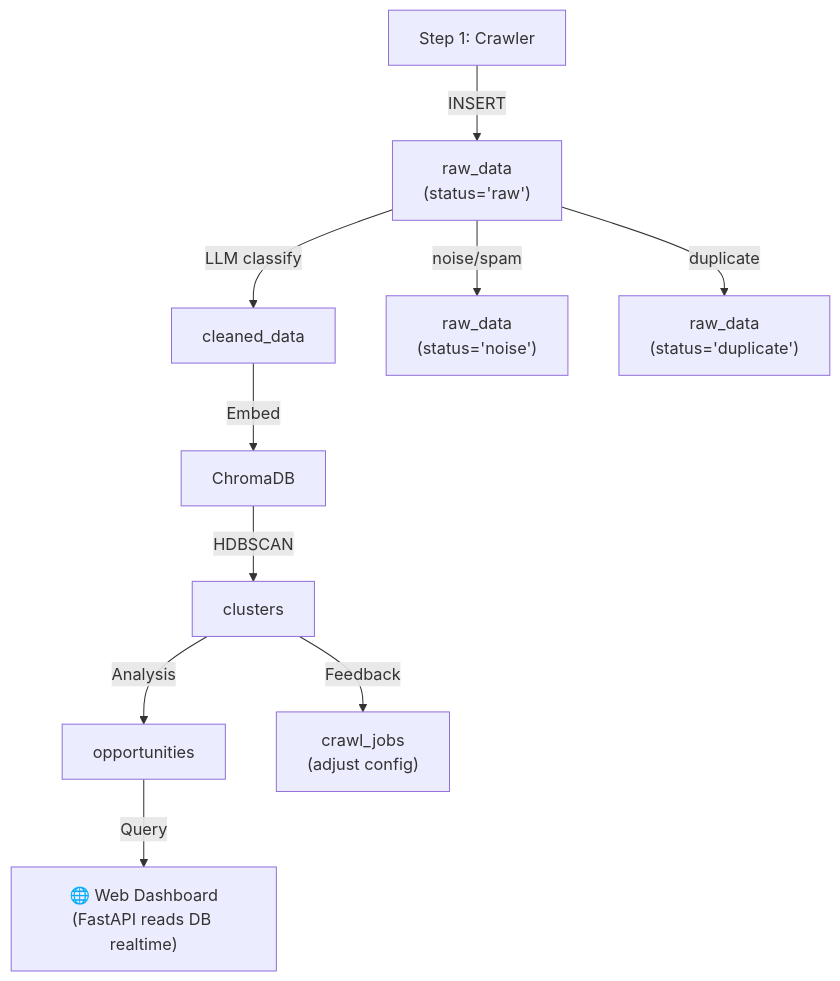
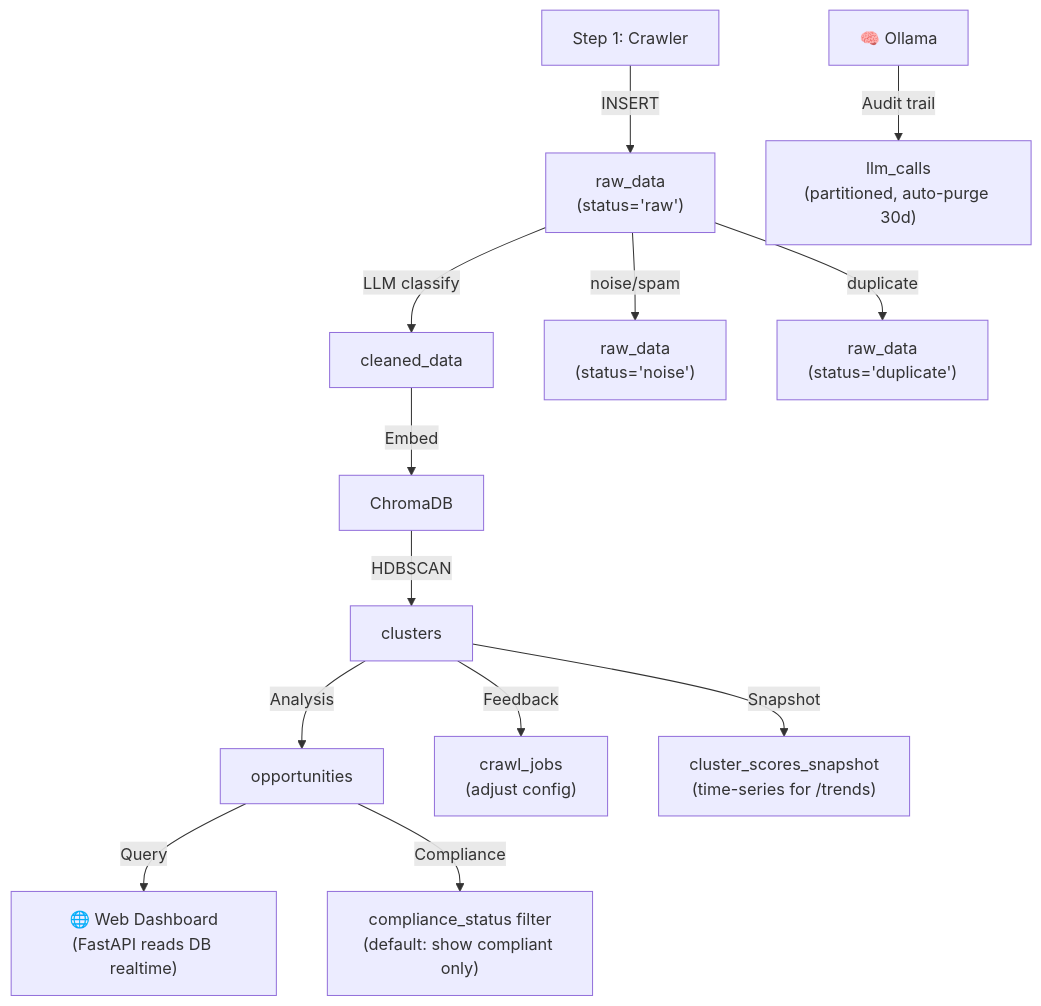
The seventh of 8 diagrams in biz/market_validation_system.md (vanductai/research), drawn with Mermaid before and after one commit. The commit also changed other lines of this file and 3 other files, not shown here.

Commit message:
feat: update market validation system with model routing, compliance checks, and expanded database schema

````diff
--- a/biz/market_validation_system.md
+++ b/biz/market_validation_system.md
@@ -374,12 +412,15 @@
 ```mermaid
 graph TD
     Crawl["Step 1: Crawler"] -->|INSERT| RD["raw_data<br/>(status='raw')"]
     RD -->|"LLM classify"| CD["cleaned_data"]
     RD -->|"noise/spam"| Noise["raw_data<br/>(status='noise')"]
     RD -->|"duplicate"| Dup["raw_data<br/>(status='duplicate')"]
     CD -->|Embed| Chroma["ChromaDB"]
     Chroma -->|HDBSCAN| CL["clusters"]
     CL -->|"Analysis"| OP["opportunities"]
     OP -->|"Query"| Dash["🌐 Web Dashboard<br/>(FastAPI reads DB realtime)"]
     CL -->|"Feedback"| CJ["crawl_jobs<br/>(adjust config)"]
+    LLM["🧠 Ollama"] -->|Audit trail| LC["llm_calls<br/>(partitioned, auto-purge 30d)"]
+    CL -->|"Snapshot"| CSS["cluster_scores_snapshot<br/>(time-series for /trends)"]
+    OP -->|"Compliance"| CF["compliance_status filter<br/>(default: show compliant only)"]
 ```
````
